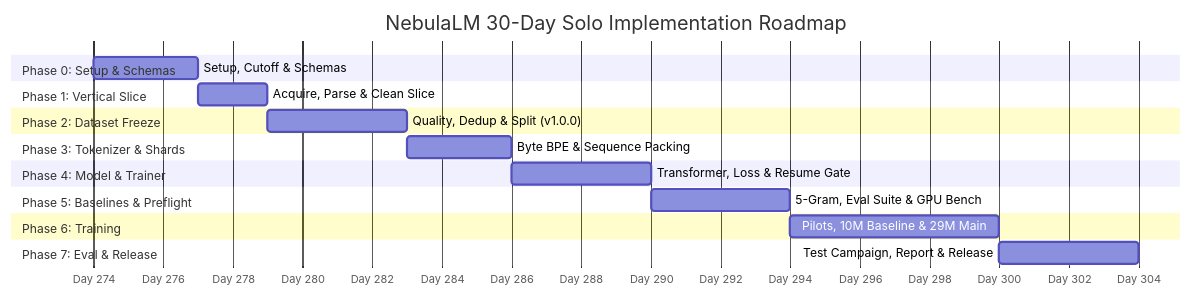
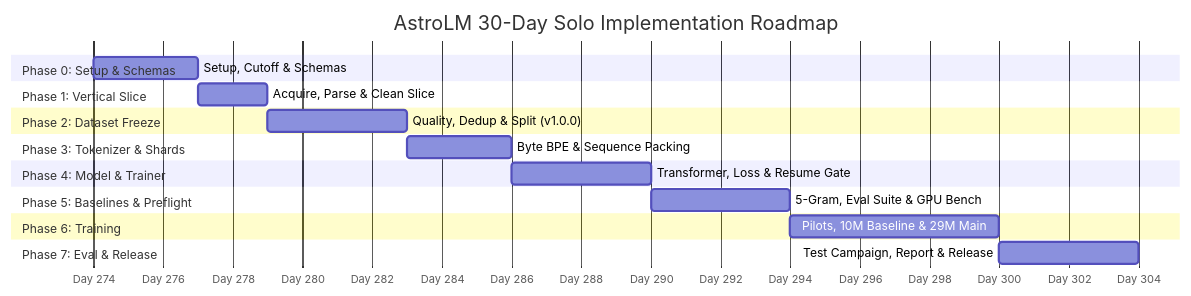
One commit to MuzraFatima/AstroLM changed the diagram in AstroLM-documentation/ASTROLM_30_DAY_1_MEMBER_IMPLEMENTATION_PLAN.md. Above: the diagram before and after it, drawn with Mermaid. The commit also changed other lines of this file and 17 other files, not shown here.

````diff
--- a/AstroLM-documentation/ASTROLM_30_DAY_1_MEMBER_IMPLEMENTATION_PLAN.md
+++ b/AstroLM-documentation/ASTROLM_30_DAY_1_MEMBER_IMPLEMENTATION_PLAN.md
@@ -1271,22 +1271,22 @@
 ```mermaid
 gantt
-    title NebulaLM 30-Day Solo Implementation Roadmap
+    title AstroLM 30-Day Solo Implementation Roadmap
     dateFormat  YYYY-MM-DD
     axisFormat  Day %j
     section Phase 0: Setup & Schemas
     Setup, Cutoff & Schemas         :p0, 2026-10-01, 3d
     section Phase 1: Vertical Slice
     Acquire, Parse & Clean Slice    :p1, after p0, 2d
     section Phase 2: Dataset Freeze
     Quality, Dedup & Split (v1.0.0) :p2, after p1, 4d
     section Phase 3: Tokenizer & Shards
     Byte BPE & Sequence Packing     :p3, after p2, 3d
     section Phase 4: Model & Trainer
     Transformer, Loss & Resume Gate :p4, after p3, 4d
     section Phase 5: Baselines & Preflight
     5-Gram, Eval Suite & GPU Bench  :p5, after p4, 4d
     section Phase 6: Training
     Pilots, 10M Baseline & 29M Main :p6, after p5, 6d
     section Phase 7: Eval & Release
     Test Campaign, Report & Release :p7, after p6, 4d
 ```
````
